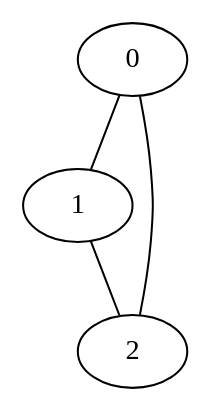
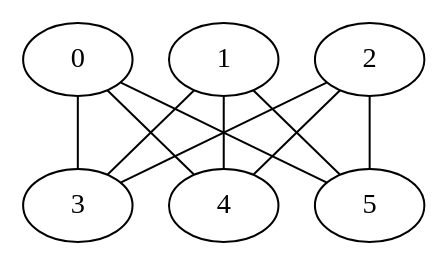
The diagram in test_files/out.dot (Geoplexity/CanonicalTopDownDRPlanner), drawn with Graphviz before and after one commit. The commit also changed 9 other files, not shown here.

```diff
--- a/test_files/out.dot
+++ b/test_files/out.dot
@@ -1,8 +1,17 @@
 graph G {
 0;
 1;
 2;
-0--1 ;
-1--2 ;
-2--0 ;
+3;
+4;
+5;
+0--3 ;
+0--4 ;
+0--5 ;
+1--3 ;
+1--4 ;
+1--5 ;
+2--3 ;
+2--4 ;
+2--5 ;
 }
```
